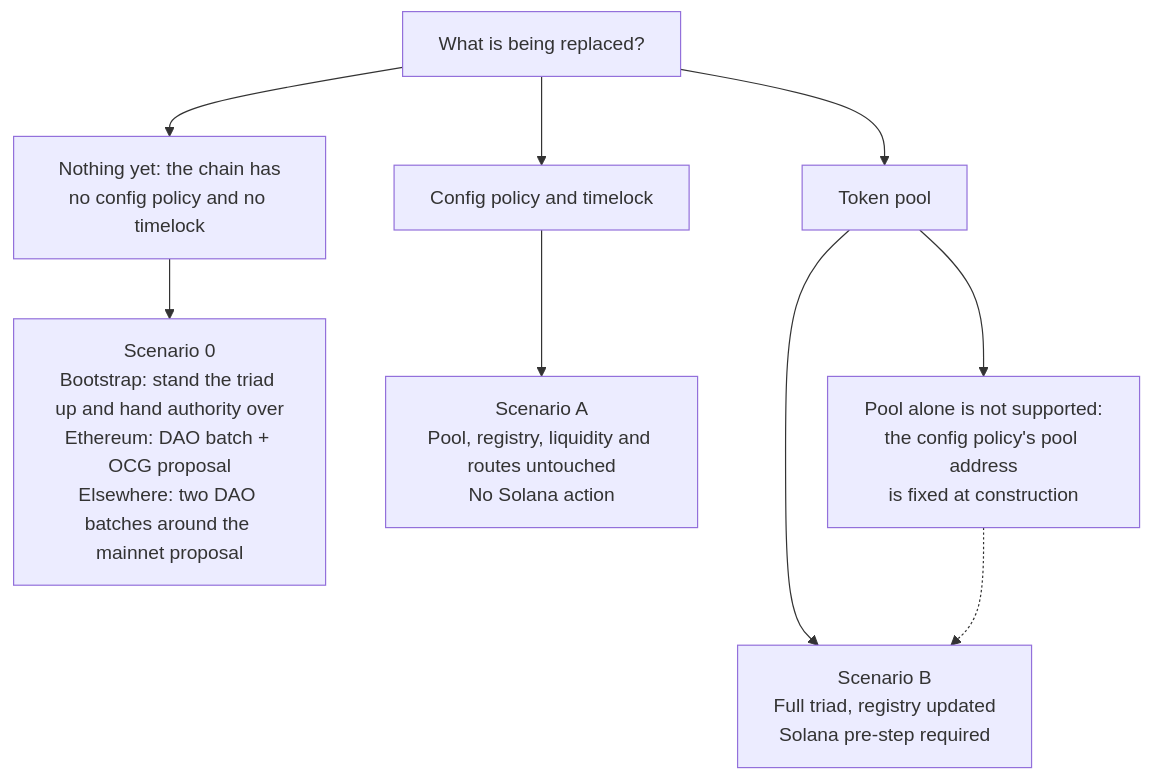
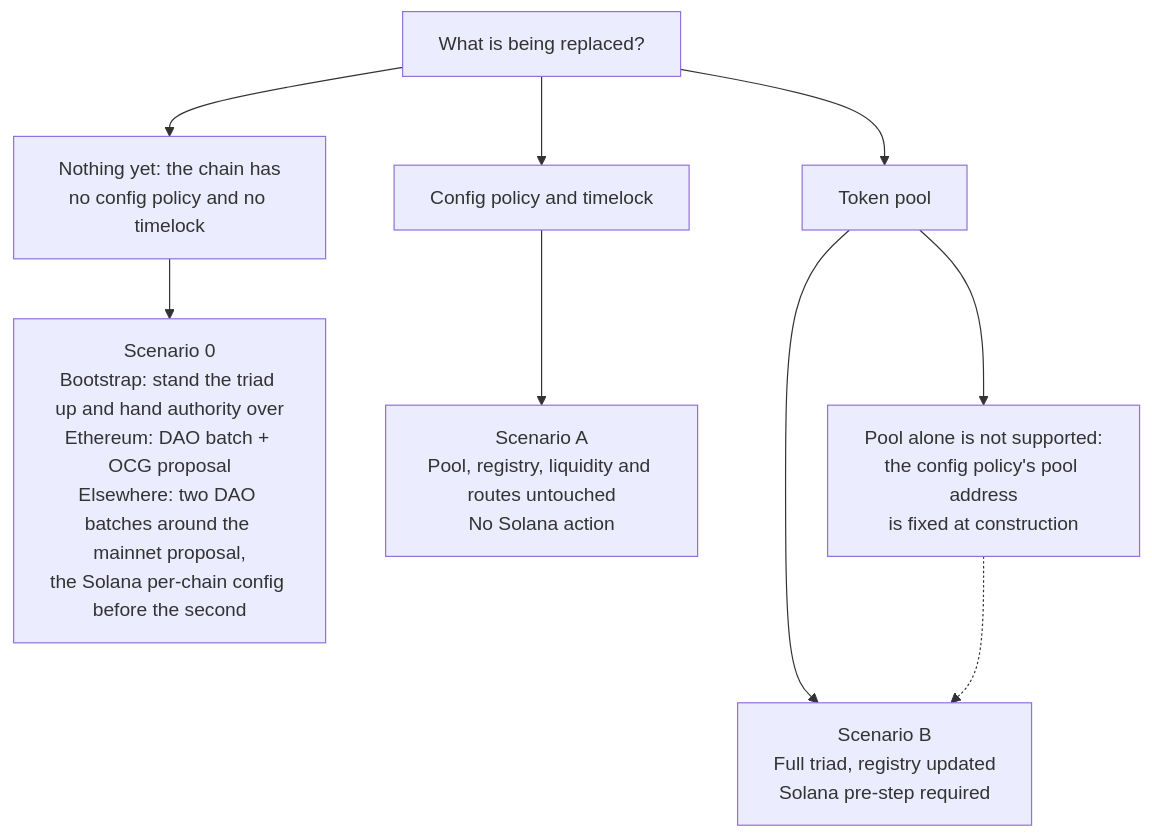
One commit to OlympusDAO/olympus-v3 changed the first of 7 diagrams in documentation/bridge/ccip/MIGRATION.md. Above: the diagram before and after it, drawn with Mermaid. The commit also changed other lines of this file, not shown here.

````diff
--- a/documentation/bridge/ccip/MIGRATION.md
+++ b/documentation/bridge/ccip/MIGRATION.md
@@ -7,12 +7,12 @@
 ```mermaid
 flowchart TD
     START["What is being replaced?"]
     START --> NONE["Nothing yet: the chain has<br/>no config policy and no timelock"]
     START --> CFGONLY["Config policy and timelock"]
     START --> WITHPOOL["Token pool"]
-    NONE --> S0["Scenario 0<br/>Bootstrap: stand the triad up and hand authority over<br/>Ethereum: DAO batch + OCG proposal<br/>Elsewhere: two DAO batches around the mainnet proposal"]
+    NONE --> S0["Scenario 0<br/>Bootstrap: stand the triad up and hand authority over<br/>Ethereum: DAO batch + OCG proposal<br/>Elsewhere: two DAO batches around the mainnet proposal,<br/>the Solana per-chain config before the second"]
     CFGONLY --> A["Scenario A<br/>Pool, registry, liquidity and routes untouched<br/>No Solana action"]
     WITHPOOL --> B["Scenario B<br/>Full triad, registry updated<br/>Solana pre-step required"]
     WITHPOOL --> NOTSUP["Pool alone is not supported:<br/>the config policy's pool address<br/>is fixed at construction"]
     NOTSUP -.-> B
 ```
````
